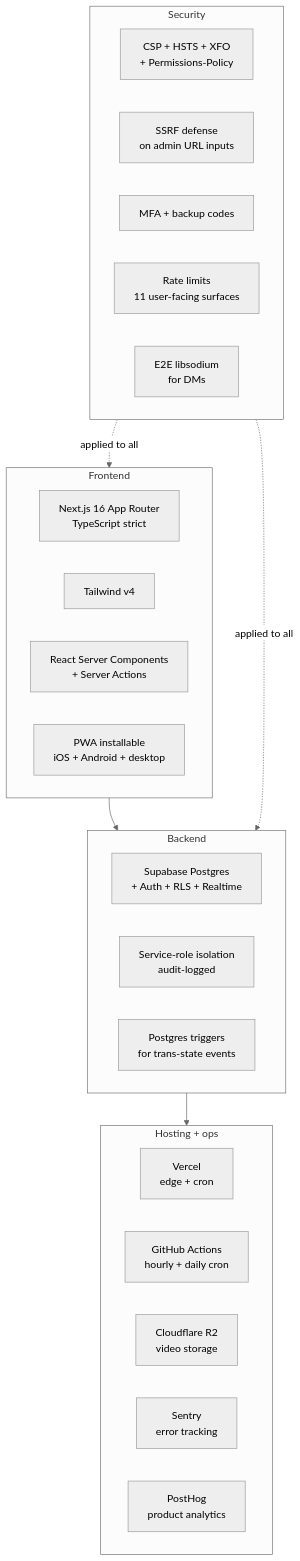
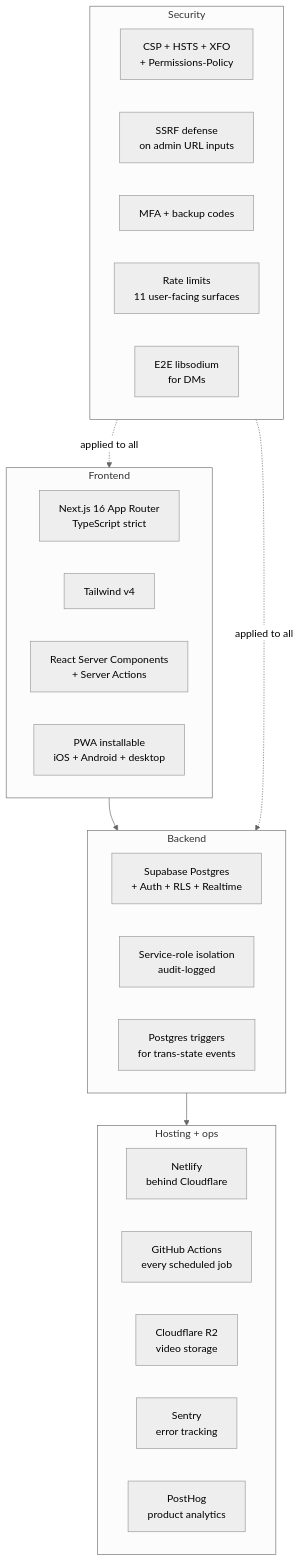
Before and after one commit to ohjustadam/ikratom: the ninth of 10 diagrams in ARCHITECTURE_PUBLIC.md, drawn with Mermaid (neutral theme). The commit also changed 11 other files, not shown here.

````diff
--- a/ARCHITECTURE_PUBLIC.md
+++ b/ARCHITECTURE_PUBLIC.md
@@ -307,36 +307,36 @@
 ```mermaid
 flowchart TB
   subgraph FRONT["Frontend"]
     F1[Next.js 16 App Router<br/>TypeScript strict]
     F2[Tailwind v4]
     F3[React Server Components<br/>+ Server Actions]
     F4[PWA installable<br/>iOS + Android + desktop]
   end
 
   subgraph BACK["Backend"]
     B1[Supabase Postgres<br/>+ Auth + RLS + Realtime]
     B2[Service-role isolation<br/>audit-logged]
     B3[Postgres triggers<br/>for trans-state events]
   end
 
   subgraph INFRA["Hosting + ops"]
-    I1[Vercel<br/>edge + cron]
-    I2[GitHub Actions<br/>hourly + daily cron]
+    I1[Netlify<br/>behind Cloudflare]
+    I2[GitHub Actions<br/>every scheduled job]
     I3[Cloudflare R2<br/>video storage]
     I4[Sentry<br/>error tracking]
     I5[PostHog<br/>product analytics]
   end
 
   subgraph SEC["Security"]
     S1[CSP + HSTS + XFO<br/>+ Permissions-Policy]
     S2[SSRF defense<br/>on admin URL inputs]
     S3[MFA + backup codes]
     S4[Rate limits<br/>11 user-facing surfaces]
     S5[E2E libsodium<br/>for DMs]
   end
 
   FRONT --> BACK
   BACK --> INFRA
   SEC -.applied to all.-> FRONT
   SEC -.applied to all.-> BACK
 ```
````
